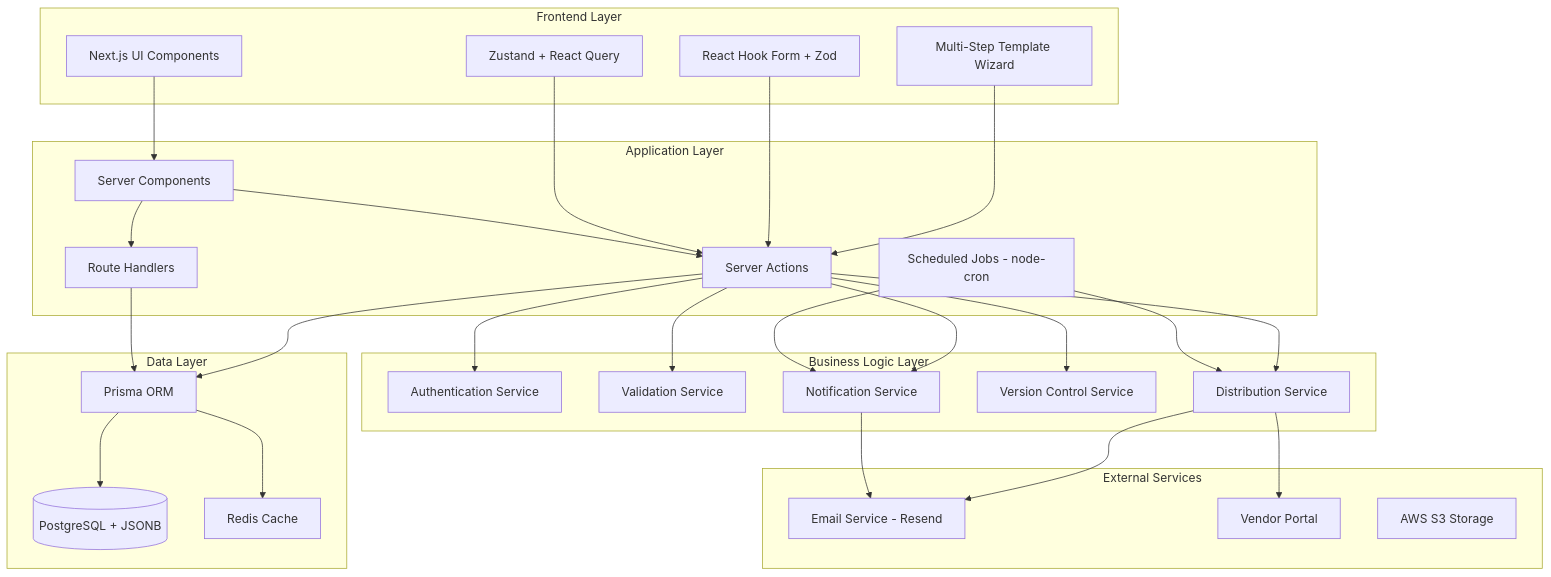
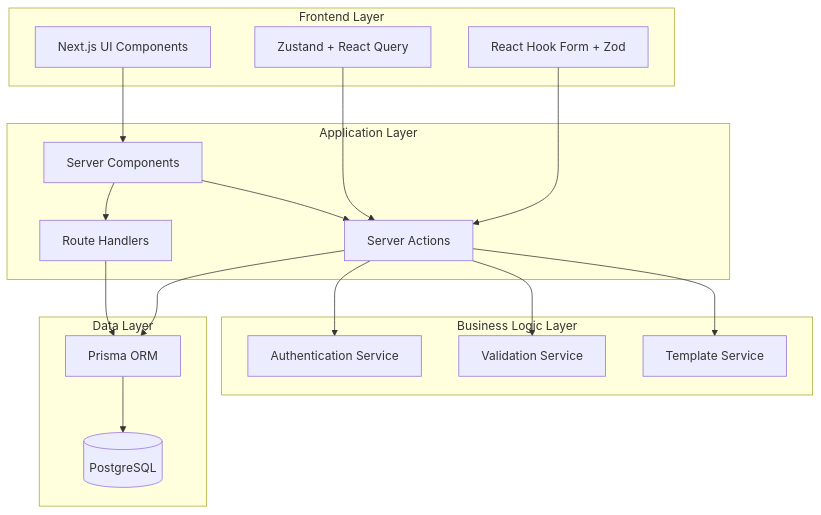
One commit to CarmenSoftware-organization/carmen changed the first of 12 diagrams in docs/app/vendor-management/pricelist-templates/FD-pricelist-templates.md. Above: the diagram before and after it, drawn with Mermaid. The commit also changed other lines of this file and 1788 other files, not shown here.

````diff
--- a/docs/app/vendor-management/pricelist-templates/FD-pricelist-templates.md
+++ b/docs/app/vendor-management/pricelist-templates/FD-pricelist-templates.md
@@ -24,57 +31,37 @@
 ```mermaid
 graph TB
     subgraph "Frontend Layer"
         UI[Next.js UI Components]
-        Wizard[Multi-Step Template Wizard]
         Forms[React Hook Form + Zod]
         State[Zustand + React Query]
     end
 
     subgraph "Application Layer"
         Pages[Server Components]
         Actions[Server Actions]
         API[Route Handlers]
-        Jobs[Scheduled Jobs - node-cron]
     end
 
     subgraph "Business Logic Layer"
         Auth[Authentication Service]
         Validation[Validation Service]
-        Distribution[Distribution Service]
-        Versioning[Version Control Service]
-        Notification[Notification Service]
+        Template[Template Service]
     end
 
     subgraph "Data Layer"
         Prisma[Prisma ORM]
-        DB[(PostgreSQL + JSONB)]
-        Cache[Redis Cache]
-    end
-
-    subgraph "External Services"
-        Email[Email Service - Resend]
-        Portal[Vendor Portal]
-        S3[AWS S3 Storage]
+        DB[(PostgreSQL)]
     end
 
     UI --> Pages
-    Wizard --> Actions
     Forms --> Actions
     State --> Actions
     Pages --> Actions
     Pages --> API
     Actions --> Auth
     Actions --> Validation
-    Actions --> Distribution
-    Actions --> Versioning
-    Actions --> Notification
+    Actions --> Template
     Actions --> Prisma
     API --> Prisma
     Prisma --> DB
-    Prisma --> Cache
-    Distribution --> Email
-    Distribution --> Portal
-    Notification --> Email
-    Jobs --> Distribution
-    Jobs --> Notification
 ```
````
